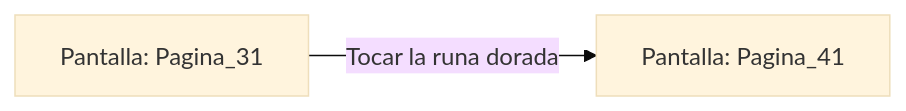
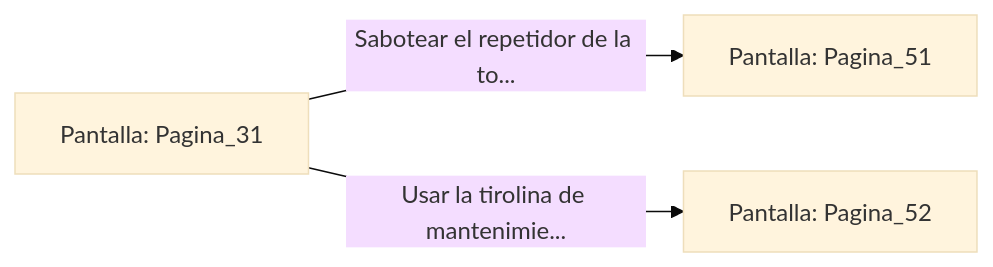
One commit to metsuke/mpl changed the diagram in sample/eligejuego-vault/Pantalla_Pagina_31.md. Above: the diagram before and after it, drawn with Mermaid (base theme). The commit also changed other lines of this file and 635 other files, not shown here.

First line of the commit message:
fix: añadir Pagina_1 como pantalla inicial en capitulo_01.mpl

````diff
--- a/sample/eligejuego-vault/Pantalla_Pagina_31.md
+++ b/sample/eligejuego-vault/Pantalla_Pagina_31.md
@@ -14,5 +24,6 @@
 ```mermaid
 graph LR
     P_Pagina_31["Pantalla: Pagina_31"]
-    P_Pagina_31 -->|"Tocar la runa dorada"| P_Pagina_41["Pantalla: Pagina_41"]
+    P_Pagina_31 -->|"Sabotear el repetidor de la to..."| P_Pagina_51["Pantalla: Pagina_51"]
+    P_Pagina_31 -->|"Usar la tirolina de mantenimie..."| P_Pagina_52["Pantalla: Pagina_52"]
 ```
````
